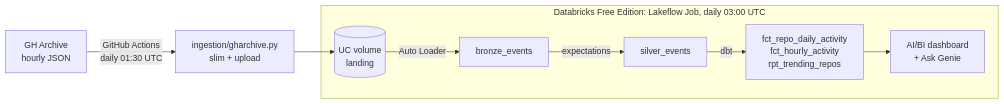
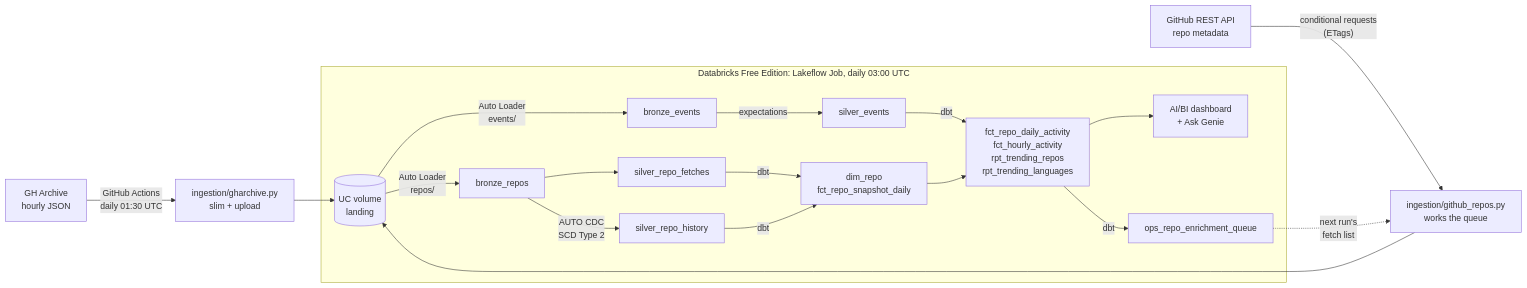
The diagram in README.md (leon2378/github-archive-e2e-pipeline), drawn with Mermaid before and after one commit. The commit also changed other lines of this file and 2 other files, not shown here.

First line of the commit message:
Dashboard: trending languages, breakout new repos, language-coloured trending; README for enrichment

````diff
--- a/README.md
+++ b/README.md
@@ -31,11 +33,21 @@
 ```mermaid
 flowchart LR
     GHA["GH Archive<br/>hourly JSON"] -->|"GitHub Actions<br/>daily 01:30 UTC"| ING["ingestion/gharchive.py<br/>slim + upload"]
+    API["GitHub REST API<br/>repo metadata"] -->|"conditional requests<br/>(ETags)"| ENR["ingestion/github_repos.py<br/>works the queue"]
     ING --> VOL[("UC volume<br/>landing")]
+    ENR --> VOL
     subgraph DBX["Databricks Free Edition: Lakeflow Job, daily 03:00 UTC"]
-        VOL -->|Auto Loader| BR["bronze_events"]
+        VOL -->|"Auto Loader<br/>events/"| BR["bronze_events"]
         BR -->|"expectations"| SI["silver_events"]
-        SI -->|dbt| GOLD["fct_repo_daily_activity<br/>fct_hourly_activity<br/>rpt_trending_repos"]
+        VOL -->|"Auto Loader<br/>repos/"| BRR["bronze_repos"]
+        BRR --> SRF["silver_repo_fetches"]
+        BRR -->|"AUTO CDC<br/>SCD Type 2"| SRH["silver_repo_history"]
+        SRF -->|dbt| DIM["dim_repo<br/>fct_repo_snapshot_daily"]
+        SRH -->|dbt| DIM
+        SI -->|dbt| GOLD["fct_repo_daily_activity<br/>fct_hourly_activity<br/>rpt_trending_repos<br/>rpt_trending_languages"]
+        DIM --> GOLD
         GOLD --> DASH["AI/BI dashboard<br/>+ Ask Genie"]
+        GOLD -->|dbt| Q["ops_repo_enrichment_queue"]
     end
+    Q -.->|"next run's<br/>fetch list"| ENR
 ```
````
